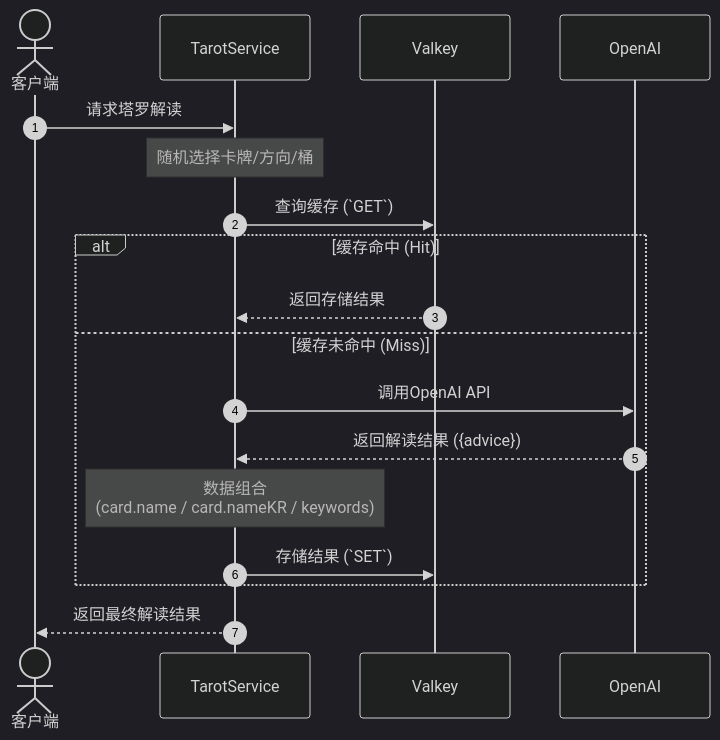
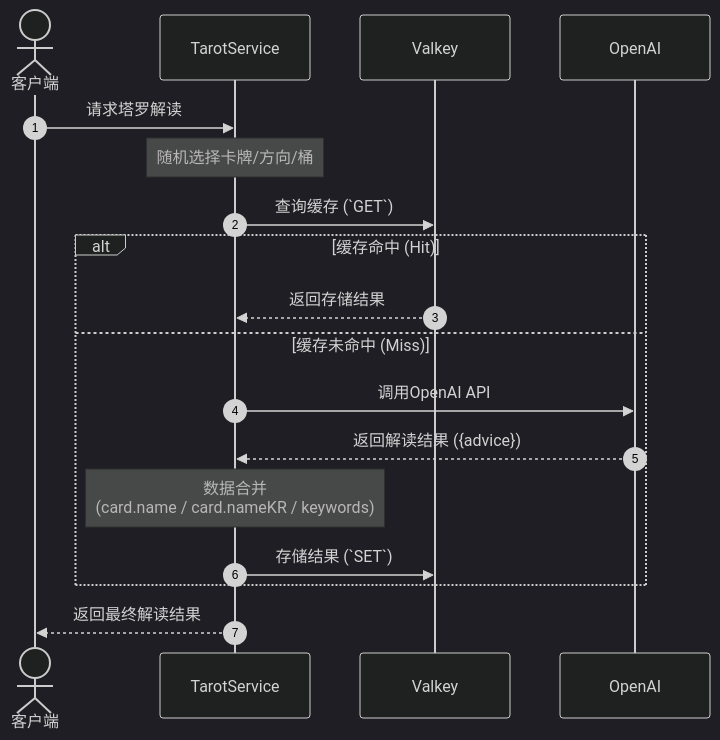
Before and after one commit to mandacode-labs/mandacode-devs: the second of 3 diagrams in src/content/blog/tarot-deep-dive/zh.md, drawn with Mermaid (dark theme). The commit also changed other lines of this file and 28 other files, not shown here.

````diff
--- a/src/content/blog/tarot-deep-dive/zh.md
+++ b/src/content/blog/tarot-deep-dive/zh.md
@@ -65,26 +58,25 @@
 ```mermaid
 sequenceDiagram
     autonumber
 
     actor Client as 客户端
     participant Service as TarotService
     participant Cache as Valkey
     participant AI as OpenAI
 
     Client->>Service: 请求塔罗解读
     Note over Service: 随机选择卡牌/方向/桶
 
     Service->>Cache: 查询缓存 (`GET`)
 
     alt 缓存命中 (Hit)
         Cache-->>Service: 返回存储结果
     else 缓存未命中 (Miss)
         Service->>AI: 调用OpenAI API
         AI-->>Service: 返回解读结果 ({advice})
-        Note over Service: 数据组合<br/>(card.name / card.nameKR / keywords)
+        Note over Service: 数据合并<br/>(card.name / card.nameKR / keywords)
         Service->>Cache: 存储结果 (`SET`)
     end
 
     Service-->>Client: 返回最终解读结果
-
 ```
````
